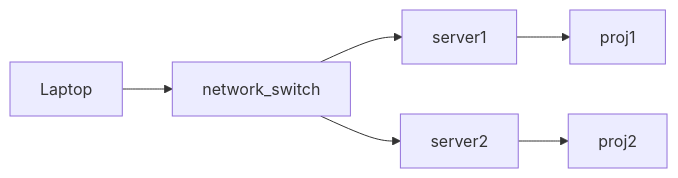
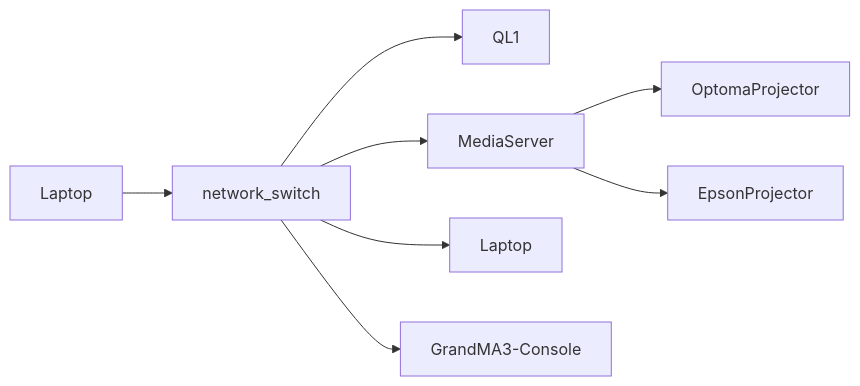
Before and after one commit to NgYiShan/EGL315-Lux-gram-Team-A: the second of 3 diagrams in README.md, drawn with Mermaid. The commit also changed other lines of this file and 1 other file, not shown here.

Commit message:
small update
updated picture and mermaid diagram

````diff
--- a/README.md
+++ b/README.md
@@ -25,9 +25,12 @@
 ```mermaid
 graph LR
 
-B --> server1
-B --> server2
+B --> QL1
+B --> MediaServer
+B --> Laptop
+B --> GrandMA3-Console
 A[Laptop] --> B[network_switch]
-server1 --> proj1
-server2 --> proj2
+
+MediaServer --> OptomaProjector
+MediaServer --> EpsonProjector
 ```
````
